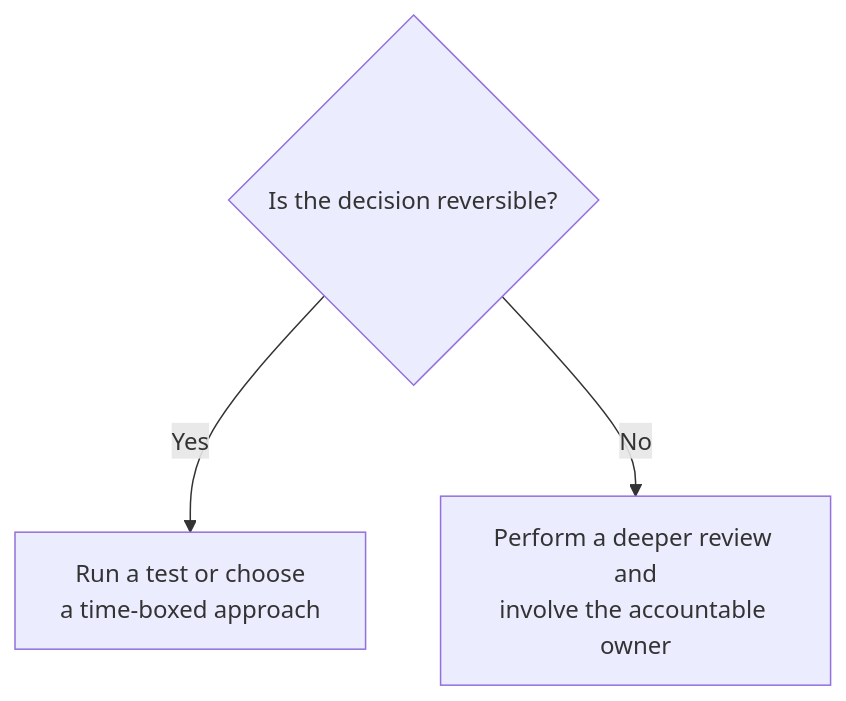
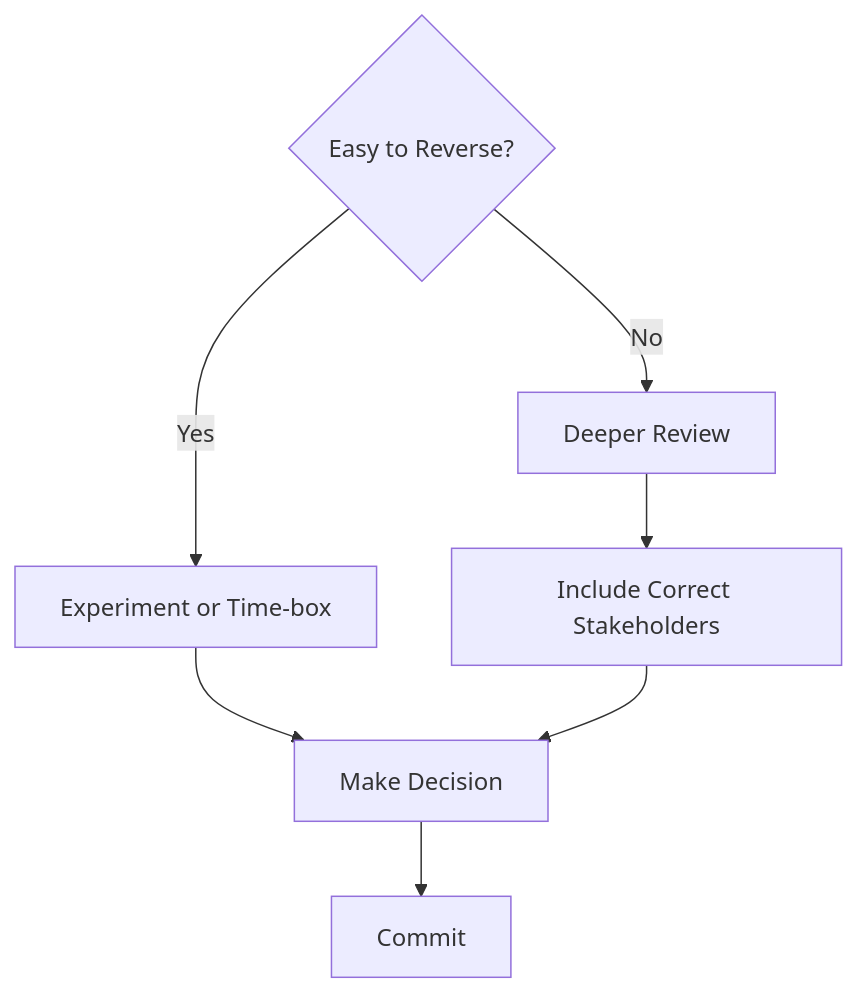
Before and after one commit to AvadhBhalodiya/Interview-Preparation: the fourth of 5 diagrams in src/content/behavioral/conflict-disagreement.md, drawn with Mermaid. The commit also changed other lines of this file and 54 other files, not shown here.

````diff
--- a/src/content/behavioral/conflict-disagreement.md
+++ b/src/content/behavioral/conflict-disagreement.md
@@ -249,5 +279,10 @@
 ```mermaid
 flowchart TD
-    A{Is the decision reversible?} -->|Yes| B["Run a test or choose<br/>a time-boxed approach"]
-    A -->|No| C["Perform a deeper review and<br/>involve the accountable owner"]
+    A{Easy to Reverse?}
+    A -->|Yes| B[Experiment or Time-box]
+    A -->|No| C[Deeper Review]
+    C --> D[Include Correct Stakeholders]
+    B --> E[Make Decision]
+    D --> E
+    E --> F[Commit]
 ```
````
